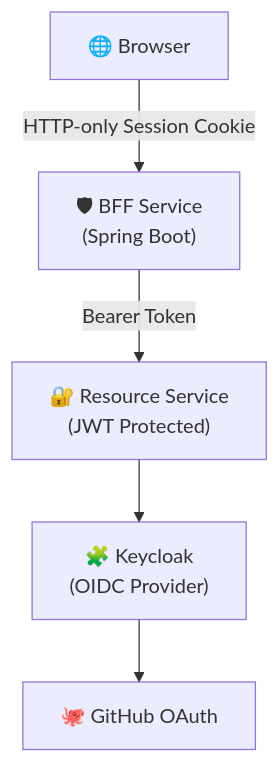
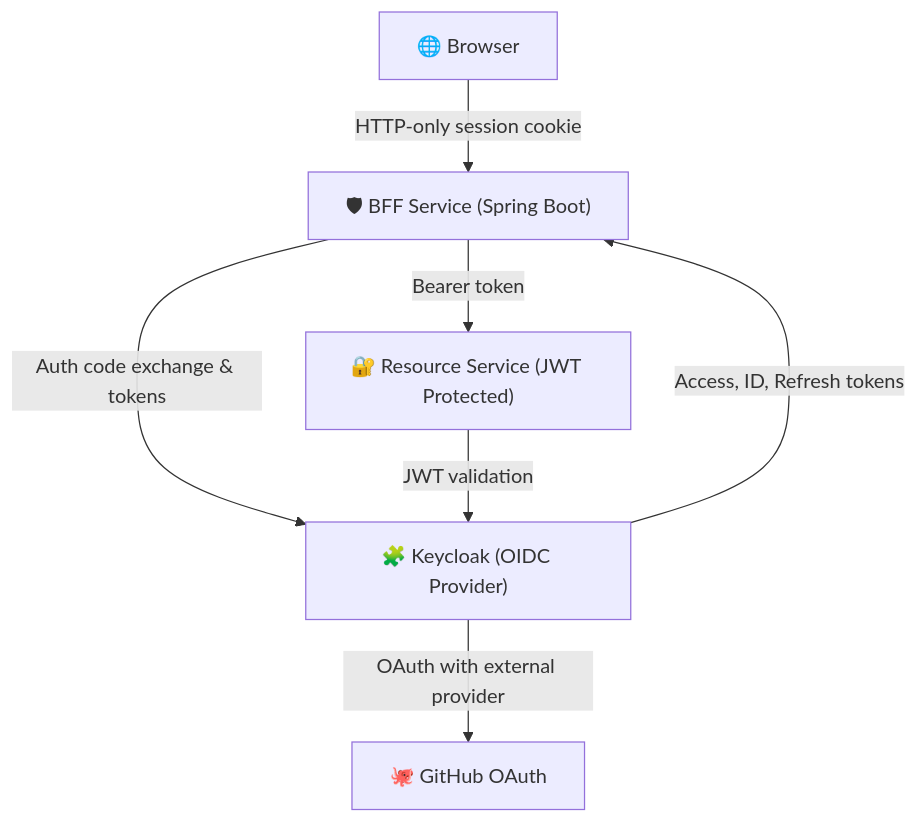
Before and after one commit to vermaankit2005/Oauth2-and-OIDC-with-Spring-Security: the diagram in README.md, drawn with Mermaid.

````diff
--- a/README.md
+++ b/README.md
@@ -23,13 +23,16 @@
 ```mermaid
 flowchart TD
     Browser["🌐 Browser"]
-    BFF["🛡 BFF Service<br/>(Spring Boot)"]
-    Resource["🔐 Resource Service<br/>(JWT Protected)"]
-    Keycloak["🧩 Keycloak<br/>(OIDC Provider)"]
+    BFF["🛡 BFF Service (Spring Boot)"]
+    Resource["🔐 Resource Service (JWT Protected)"]
+    Keycloak["🧩 Keycloak (OIDC Provider)"]
     GitHub["🐙 GitHub OAuth"]
 
-    Browser -->|HTTP-only Session Cookie| BFF
-    BFF -->|Bearer Token| Resource
-    Resource --> Keycloak
-    Keycloak --> GitHub
+    Browser -->|HTTP-only session cookie| BFF
+    BFF -->|Auth code exchange & tokens| Keycloak
+    Keycloak -->|Access, ID, Refresh tokens| BFF
+    BFF -->|Bearer token| Resource
+    Resource -->|JWT validation| Keycloak
+    Keycloak -->|OAuth with external provider| GitHub
+
 ```
````
